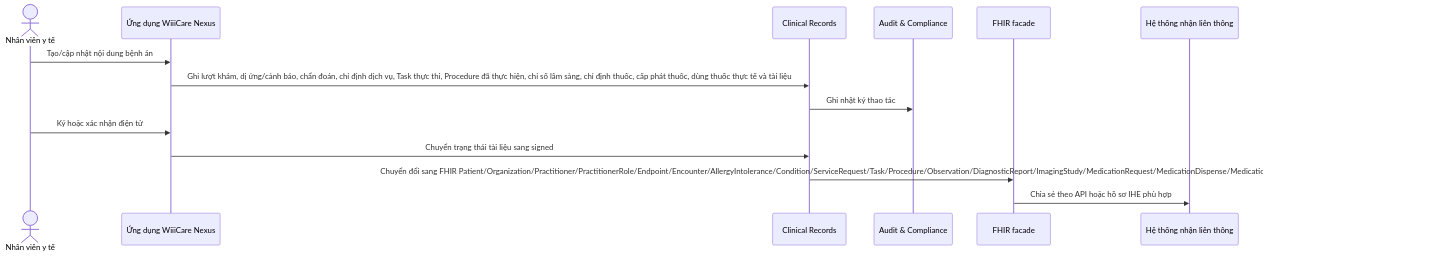
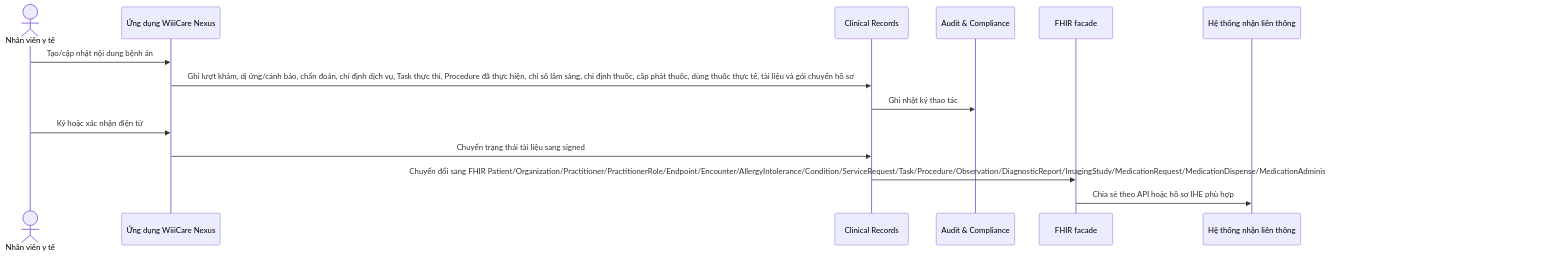
Before and after one commit to meiiie/benh_vien: the second of 2 diagrams in docs/ARCHITECTURE.md, drawn with Mermaid. The commit also changed other lines of this file and 27 other files, not shown here.

````diff
--- a/docs/ARCHITECTURE.md
+++ b/docs/ARCHITECTURE.md
@@ -61,17 +61,17 @@
 ```mermaid
 sequenceDiagram
   actor User as Nhân viên y tế
   participant App as Ứng dụng WiiiCare Nexus
   participant EMR as Clinical Records
   participant Audit as Audit & Compliance
   participant FHIR as FHIR facade
   participant Partner as Hệ thống nhận liên thông
 
   User->>App: Tạo/cập nhật nội dung bệnh án
-  App->>EMR: Ghi lượt khám, dị ứng/cảnh báo, chẩn đoán, chỉ định dịch vụ, Task thực thi, Procedure đã thực hiện, chỉ số lâm sàng, chỉ định thuốc, cấp phát thuốc, dùng thuốc thực tế và tài liệu
+  App->>EMR: Ghi lượt khám, dị ứng/cảnh báo, chẩn đoán, chỉ định dịch vụ, Task thực thi, Procedure đã thực hiện, chỉ số lâm sàng, chỉ định thuốc, cấp phát thuốc, dùng thuốc thực tế, tài liệu và gói chuyển hồ sơ
   EMR->>Audit: Ghi nhật ký thao tác
   User->>App: Ký hoặc xác nhận điện tử
   App->>EMR: Chuyển trạng thái tài liệu sang signed
-  EMR->>FHIR: Chuyển đổi sang FHIR Patient/Organization/Practitioner/PractitionerRole/Endpoint/Encounter/AllergyIntolerance/Condition/ServiceRequest/Task/Procedure/Observation/DiagnosticReport/ImagingStudy/MedicationRequest/MedicationDispense/MedicationAdministration/DocumentReference/Composition
+  EMR->>FHIR: Chuyển đổi sang FHIR Patient/Organization/Practitioner/PractitionerRole/Endpoint/Encounter/AllergyIntolerance/Condition/ServiceRequest/Task/Procedure/Observation/DiagnosticReport/ImagingStudy/MedicationRequest/MedicationDispense/MedicationAdministration/DocumentReference/Composition/Task chuyển hồ sơ
   FHIR->>Partner: Chia sẻ theo API hoặc hồ sơ IHE phù hợp
 ```
````
